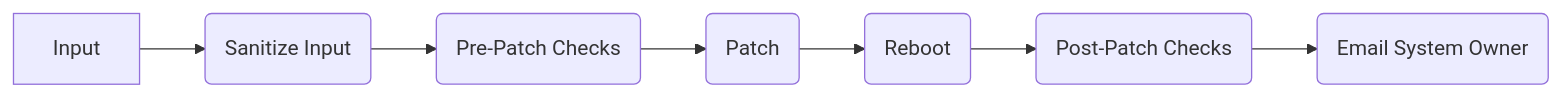
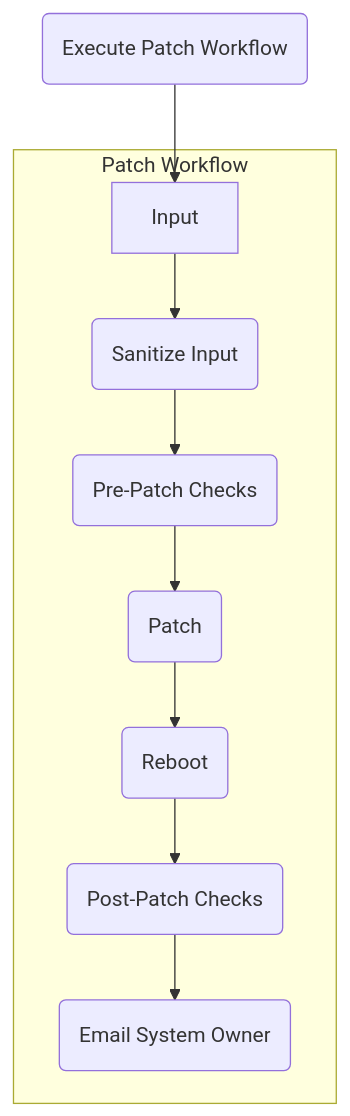
One commit to jgoos/aap-automation changed the diagram in PATCH_WORKFLOW.md. Above: the diagram before and after it, drawn with Mermaid.

Commit message:
Add mermaid diagram

````diff
--- a/PATCH_WORKFLOW.md
+++ b/PATCH_WORKFLOW.md
@@ -6,9 +7,22 @@
 ``` mermaid
-graph LR
+graph TB
 A[Input] --> B(Sanitize Input)
 B --> C(Pre-Patch Checks)
 C --> D(Patch)
 D --> E(Reboot)
 E --> F(Post-Patch Checks)
 F --> G(Email System Owner)
+
+subgraph Patch Workflow
+A
+B
+C
+D
+E
+F
+G
+end
+
+H(Execute Patch Workflow) --> A
+
 ```
````
